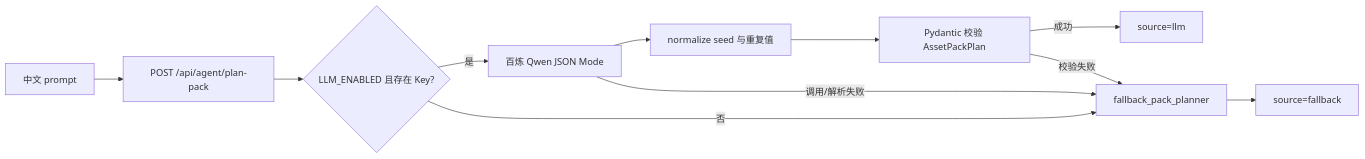
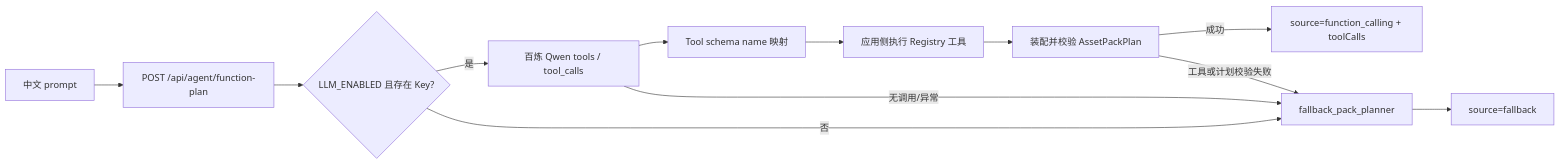
Before and after one commit to px-ego/game-asset-forge: the third of 3 diagrams in docs/ARCHITECTURE.md, drawn with Mermaid. The commit also changed other lines of this file and 31 other files, not shown here.

````diff
--- a/docs/ARCHITECTURE.md
+++ b/docs/ARCHITECTURE.md
@@ -137,13 +154,14 @@
 ```mermaid
 flowchart LR
-  P["中文 prompt"] --> R["POST /api/agent/plan-pack"]
+  P["中文 prompt"] --> R["POST /api/agent/function-plan"]
   R --> C{"LLM_ENABLED 且存在 Key?"}
-  C -->|"是"| L["百炼 Qwen JSON Mode"]
-  L --> N["normalize seed 与重复值"]
-  N --> V["Pydantic 校验 AssetPackPlan"]
-  V -->|"成功"| S["source=llm"]
-  L -->|"调用/解析失败"| F["fallback_pack_planner"]
-  V -->|"校验失败"| F
+  C -->|"是"| L["百炼 Qwen tools / tool_calls"]
+  L --> B["Tool schema name 映射"]
+  B --> E["应用侧执行 Registry 工具"]
+  E --> A["装配并校验 AssetPackPlan"]
+  A -->|"成功"| S["source=function_calling + toolCalls"]
+  L -->|"无调用/异常"| F["fallback_pack_planner"]
+  A -->|"工具或计划校验失败"| F
   C -->|"否"| F
   F --> T["source=fallback"]
 ```
````
